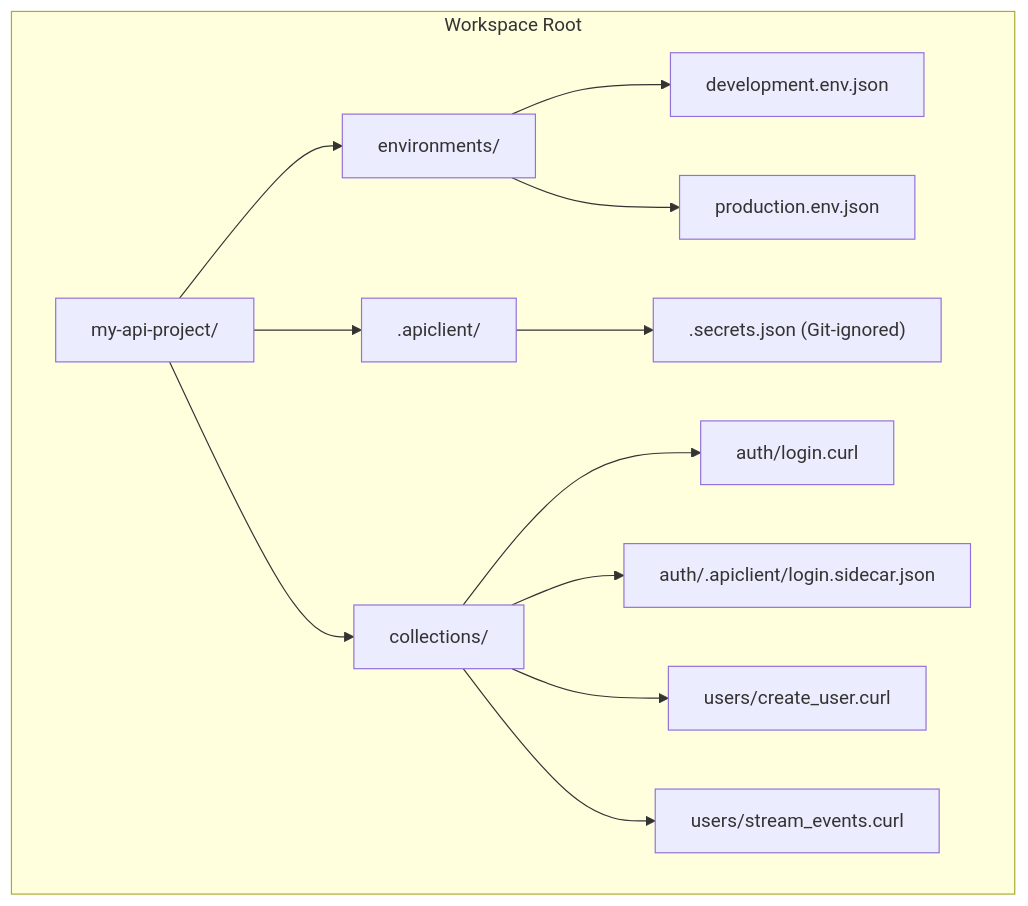
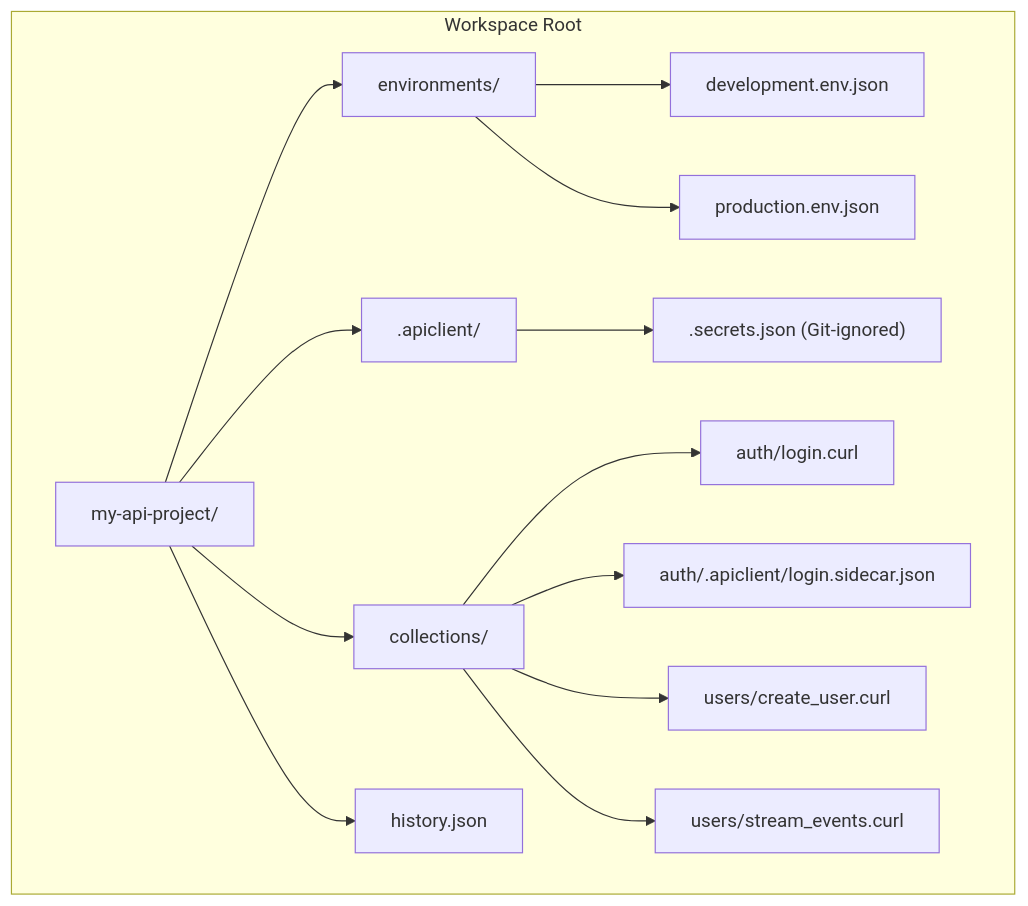
The diagram in README.md (theankitgaurav/api-client-reborn), drawn with Mermaid before and after one commit. The commit also changed other lines of this file and 11 other files, not shown here.

````diff
--- a/README.md
+++ b/README.md
@@ -108,15 +109,16 @@
 ```mermaid
 graph TD
   subgraph Workspace Root
     A["my-api-project/"] --> B["environments/"]
     B --> B1["development.env.json"]
     B --> B2["production.env.json"]
     A --> C[".apiclient/"]
     C --> C1[".secrets.json (Git-ignored)"]
     A --> D["collections/"]
     D --> D1["auth/login.curl"]
     D --> D2["auth/.apiclient/login.sidecar.json"]
     D --> D3["users/create_user.curl"]
     D --> D4["users/stream_events.curl"]
+    A --> E["history.json"]
   end
 ```
````
